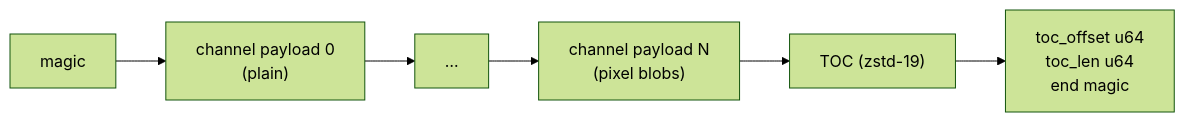
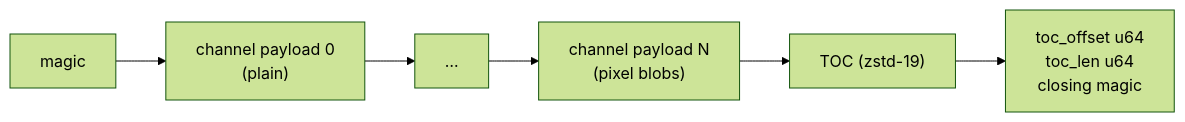
The fifth of 5 diagrams in WHITEPAPER.md (dannyblaker/densezip), drawn with Mermaid (forest theme) before and after one commit.

Commit message:
Whitepaper: avoid the word 'end' in mermaid node label
Lowercase 'end' inside flowchart node text breaks GitHub's mermaid
renderer even when quoted (documented mermaid gotcha).

````diff
--- a/WHITEPAPER.md
+++ b/WHITEPAPER.md
@@ -476,8 +476,8 @@
 ```mermaid
 flowchart LR
     MAGIC["magic"] --> P0["channel payload 0<br/>(plain)"]
     P0 --> P1["…"]
     P1 --> PN["channel payload N<br/>(pixel blobs)"]
     PN --> TOC["TOC (zstd-19)"]
-    TOC --> FOOT["toc_offset u64<br/>toc_len u64<br/>end magic"]
+    TOC --> FOOT["toc_offset u64<br/>toc_len u64<br/>closing magic"]
 ```
````
